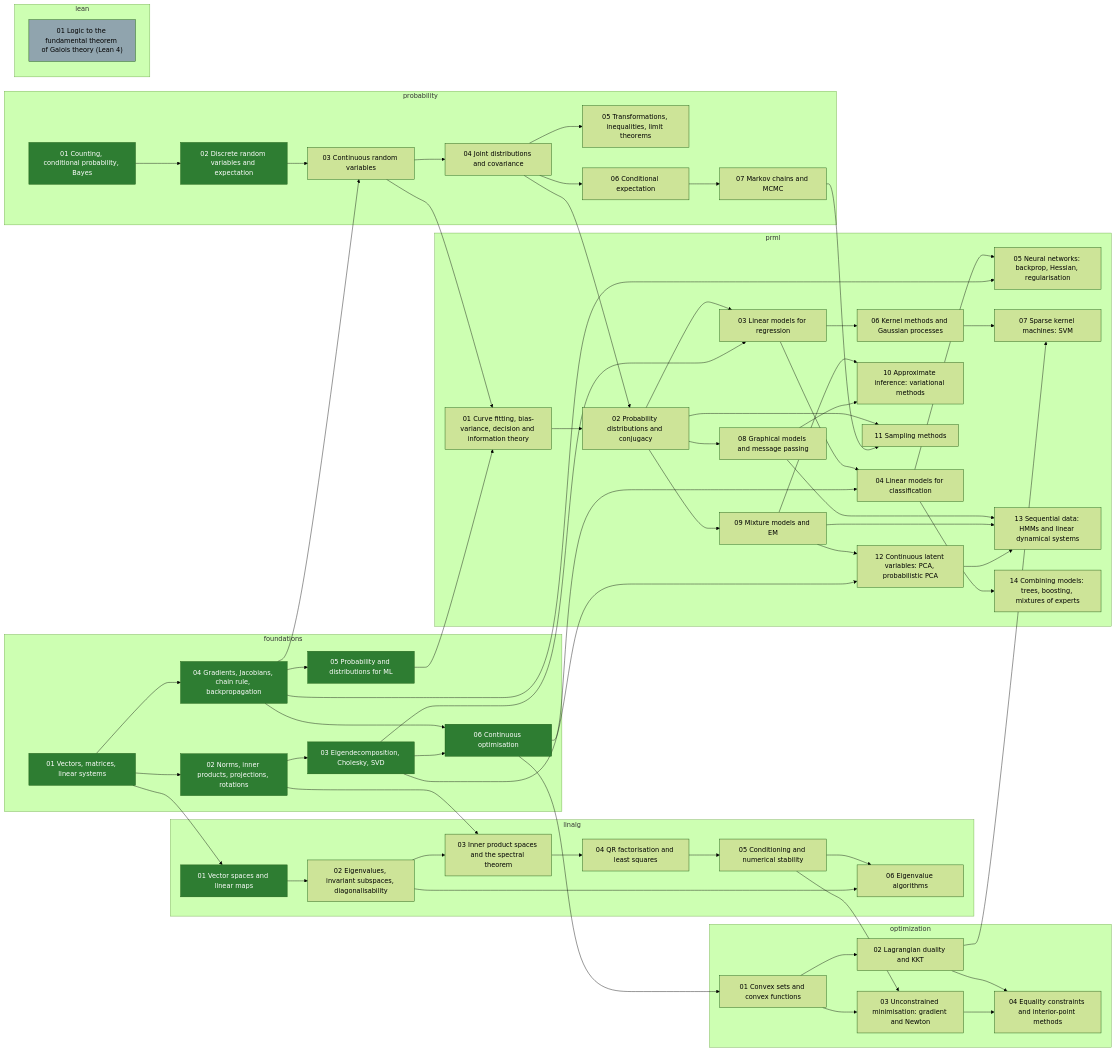
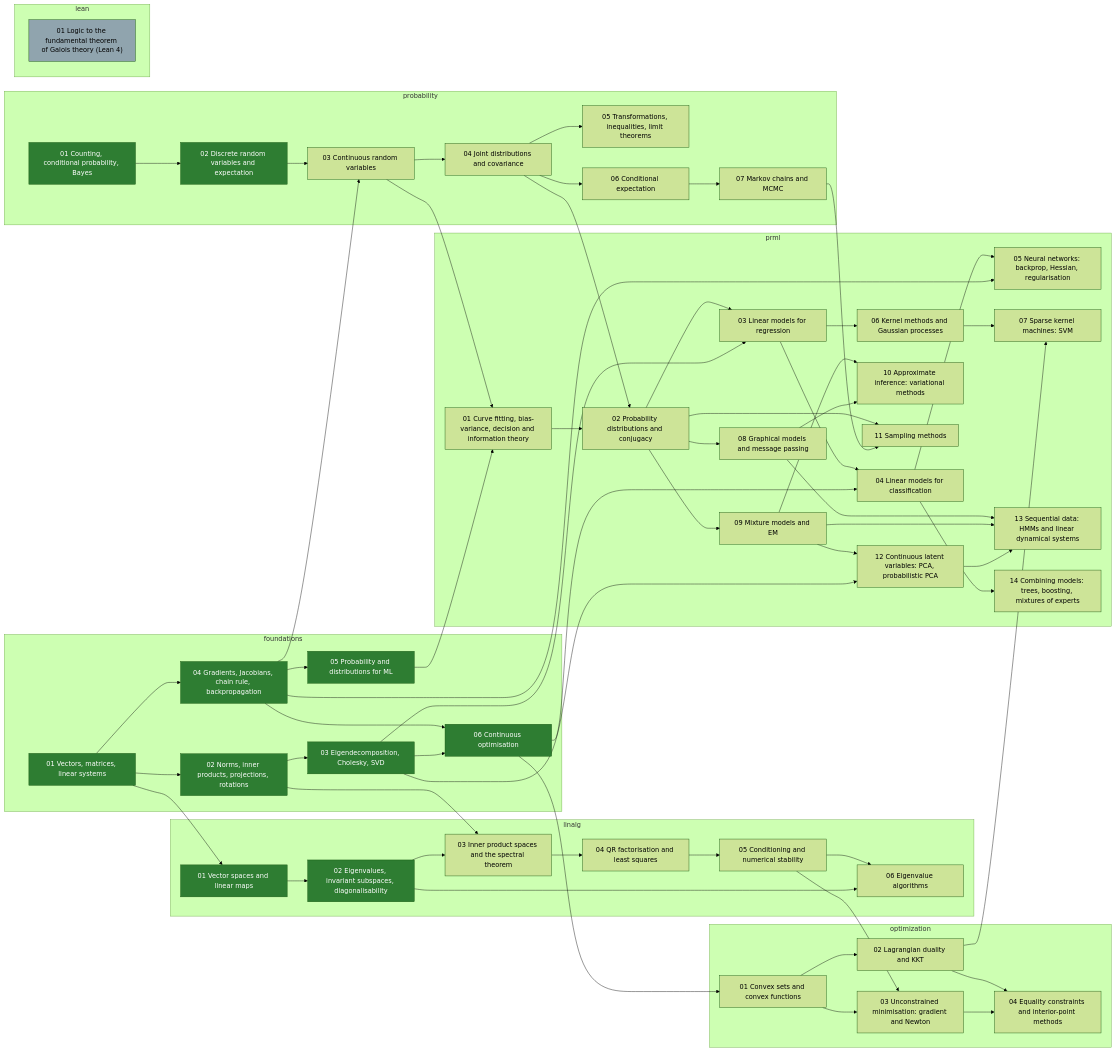
Before and after one commit to alektebel/learn-stuff-from-scratch: the diagram in skill-tree/README.md, drawn with Mermaid (forest theme). The commit also changed other lines of this file and 8 other files, not shown here.

First line of the commit message:
math: build linalg-02-eigenvalues

```diff
--- a/skill-tree/README.md
+++ b/skill-tree/README.md
@@ -79,7 +79,7 @@
   end
   subgraph linalg
     linalg-01-vector-spaces["01 Vector spaces and linear maps"]:::done
-    linalg-02-eigenvalues["02 Eigenvalues, invariant subspaces, diagonalisability"]
+    linalg-02-eigenvalues["02 Eigenvalues, invariant subspaces, diagonalisability"]:::done
     linalg-03-spectral-theorem["03 Inner product spaces and the spectral theorem"]
     linalg-04-qr-least-squares["04 QR factorisation and least squares"]
     linalg-05-conditioning-stability["05 Conditioning and numerical stability"]
```
